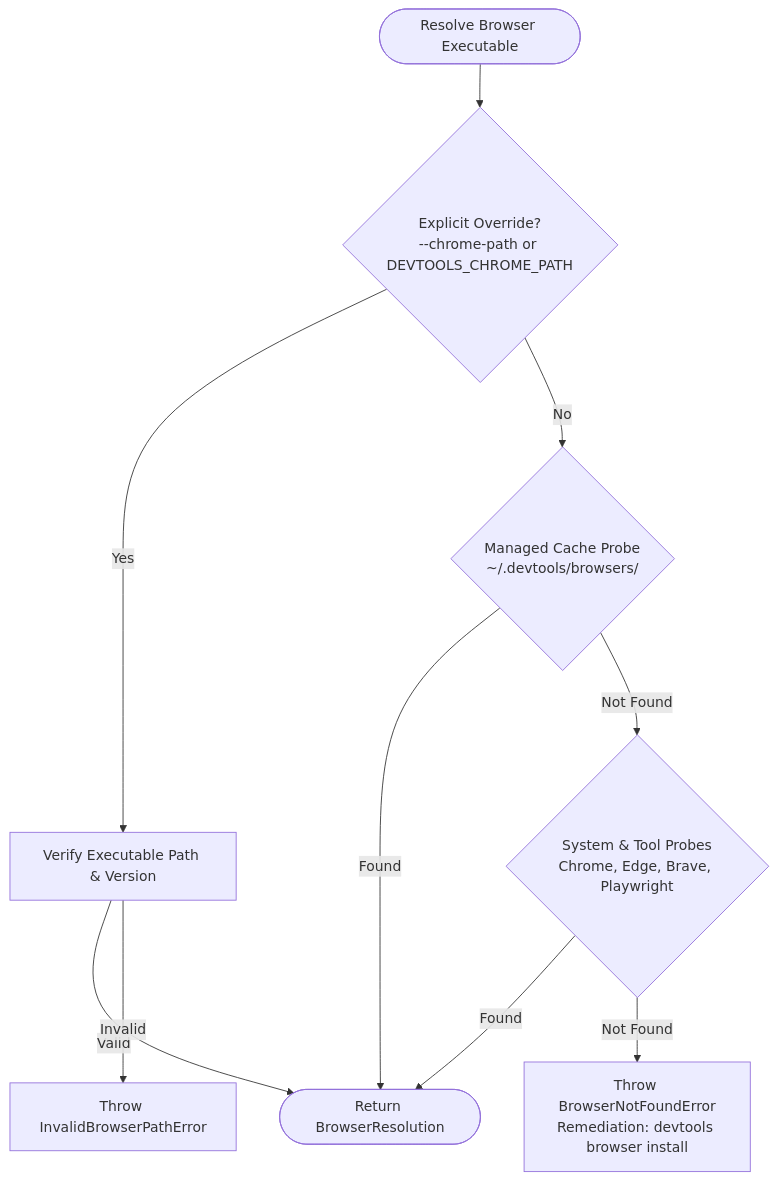
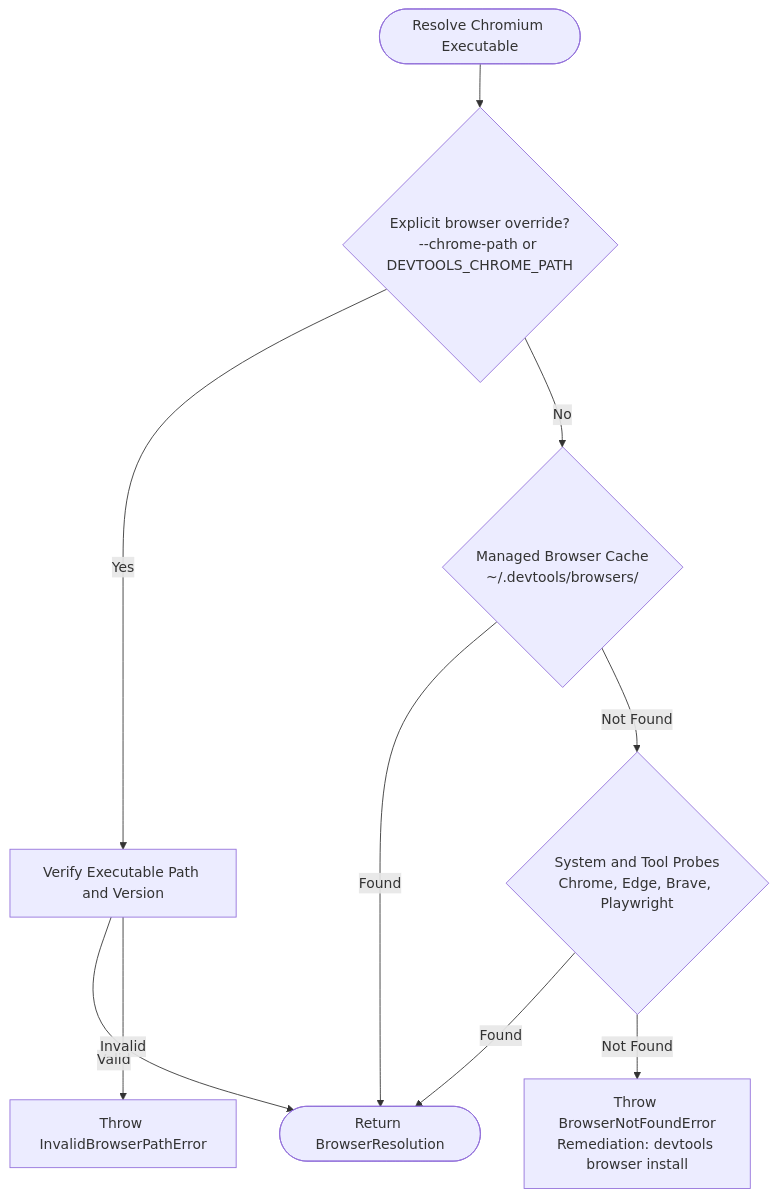
One commit to ahmedhanye/devtools changed the diagram in docs/architecture/browser.md. Above: the diagram before and after it, drawn with Mermaid. The commit also changed other lines of this file and 61 other files, not shown here.

Commit message:
docs: reorganize architecture, standards, and PR guides (#141)

````diff
--- a/docs/architecture/browser.md
+++ b/docs/architecture/browser.md
@@ -26,12 +18,12 @@
 ```mermaid
 flowchart TD
-  Start([Resolve Browser Executable]) --> CheckOverride{Explicit Override?<br/>--chrome-path or DEVTOOLS_CHROME_PATH}
-  CheckOverride -- Yes --> VerifyOverride[Verify Executable Path & Version]
-  VerifyOverride -- Valid --> Found([Return BrowserResolution])
-  VerifyOverride -- Invalid --> ErrorOverride[Throw InvalidBrowserPathError]
-  CheckOverride -- No --> CheckCache{Managed Cache Probe<br/>~/.devtools/browsers/}
+  Start(["Resolve Chromium Executable"]) --> CheckOverride{"Explicit browser override?<br/>--chrome-path or DEVTOOLS_CHROME_PATH"}
+  CheckOverride -- Yes --> VerifyOverride["Verify Executable Path and Version"]
+  VerifyOverride -- Valid --> Found(["Return BrowserResolution"])
+  VerifyOverride -- Invalid --> ErrorOverride["Throw InvalidBrowserPathError"]
+  CheckOverride -- No --> CheckCache{"Managed Browser Cache<br/>~/.devtools/browsers/"}
   CheckCache -- Found --> Found
-  CheckCache -- Not Found --> CheckProbes{System & Tool Probes<br/>Chrome, Edge, Brave, Playwright}
+  CheckCache -- Not Found --> CheckProbes{"System and Tool Probes<br/>Chrome, Edge, Brave, Playwright"}
   CheckProbes -- Found --> Found
-  CheckProbes -- Not Found --> TerminalStop[Throw BrowserNotFoundError<br/>Remediation: devtools browser install]
+  CheckProbes -- Not Found --> TerminalStop["Throw BrowserNotFoundError<br/>Remediation: devtools browser install"]
 ```
````
